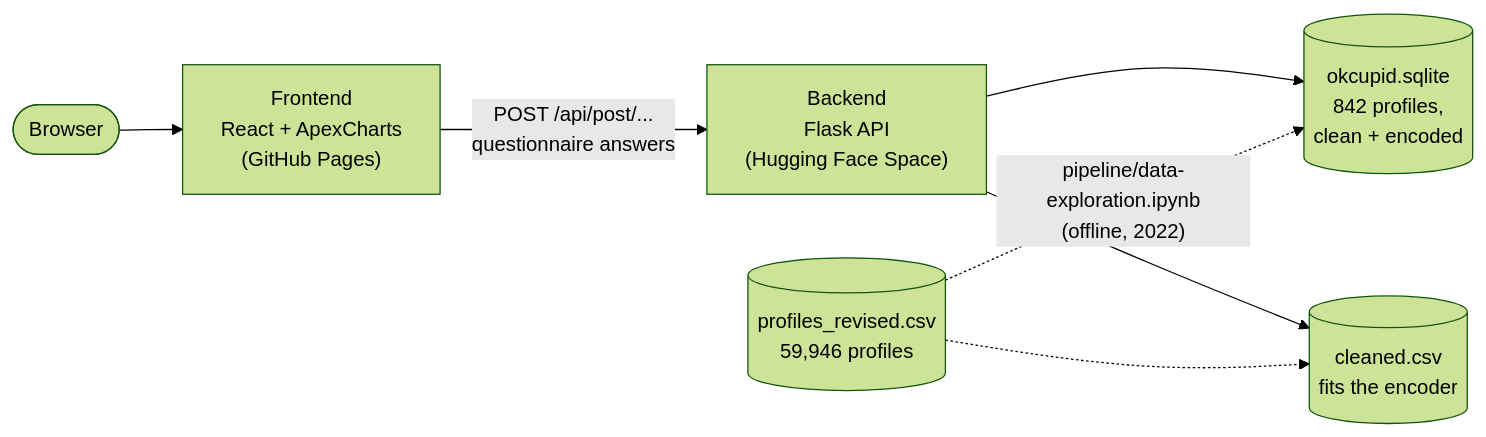
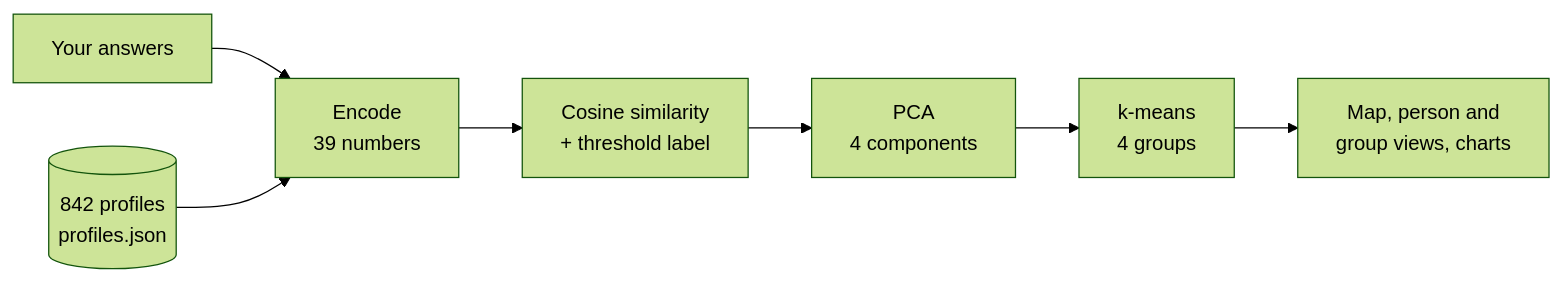
One commit to HuberNicolas/okcupid-explorer changed the diagram in README.md. Above: the diagram before and after it, drawn with Mermaid (forest theme). The commit also changed other lines of this file and 14 other files, not shown here.

````diff
--- a/README.md
+++ b/README.md
@@ -96,9 +72,9 @@
 ```mermaid
 flowchart LR
-    user([Browser]) --> fe["Frontend<br/>React + ApexCharts<br/>(GitHub Pages)"]
-    fe -- "POST /api/post/...<br/>questionnaire answers" --> api["Backend<br/>Flask API<br/>(Hugging Face Space)"]
-    api --> db[("okcupid.sqlite<br/>842 profiles,<br/>clean + encoded")]
-    api --> csv[("cleaned.csv<br/>fits the encoder")]
-    raw[("profiles_revised.csv<br/>59,946 profiles")] -. "pipeline/data-exploration.ipynb<br/>(offline, 2022)" .-> db
-    raw -.-> csv
+    q["Your answers"] --> enc["Encode<br/>39 numbers"]
+    p[("842 profiles<br/>profiles.json")] --> enc
+    enc --> sim["Cosine similarity<br/>+ threshold label"]
+    sim --> pca["PCA<br/>4 components"]
+    pca --> km["k-means<br/>4 groups"]
+    km --> ui["Map, person and<br/>group views, charts"]
 ```
````
